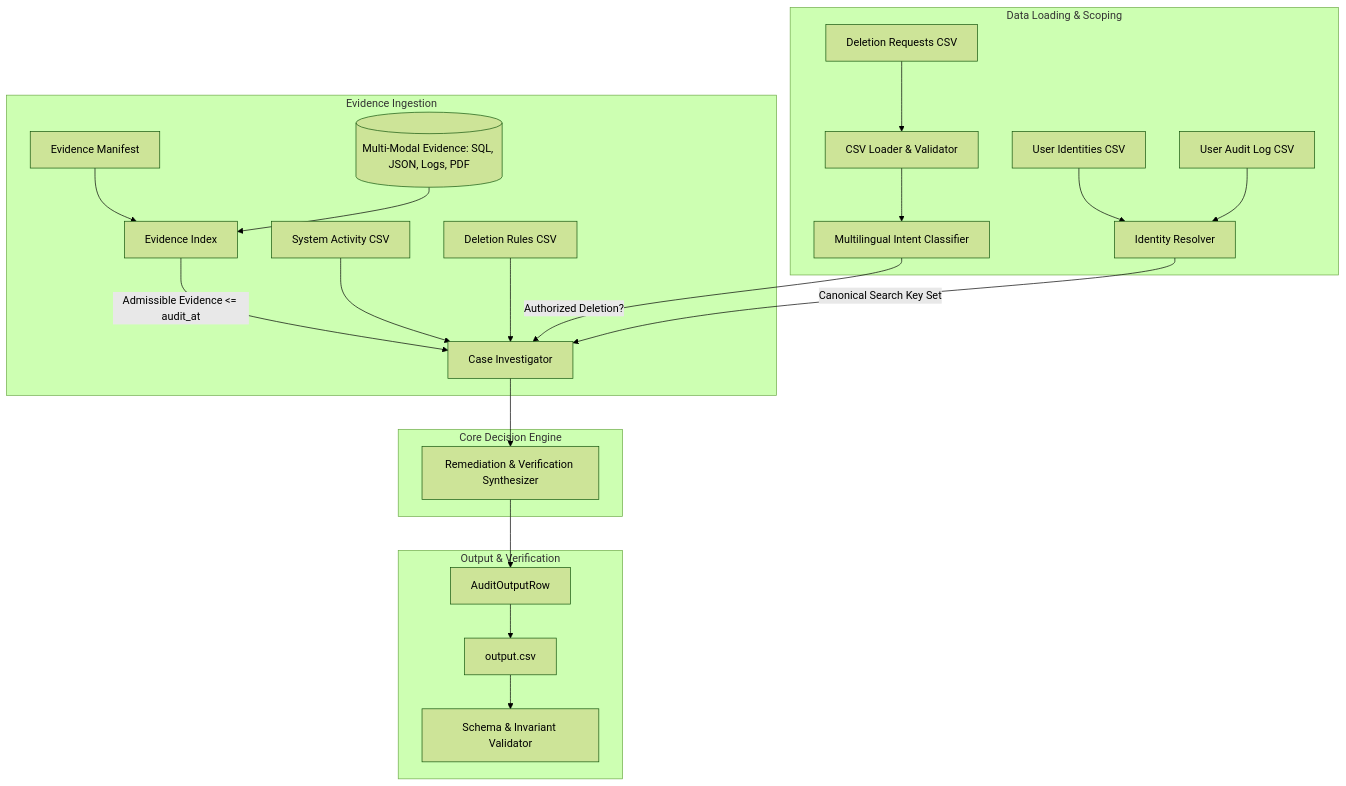
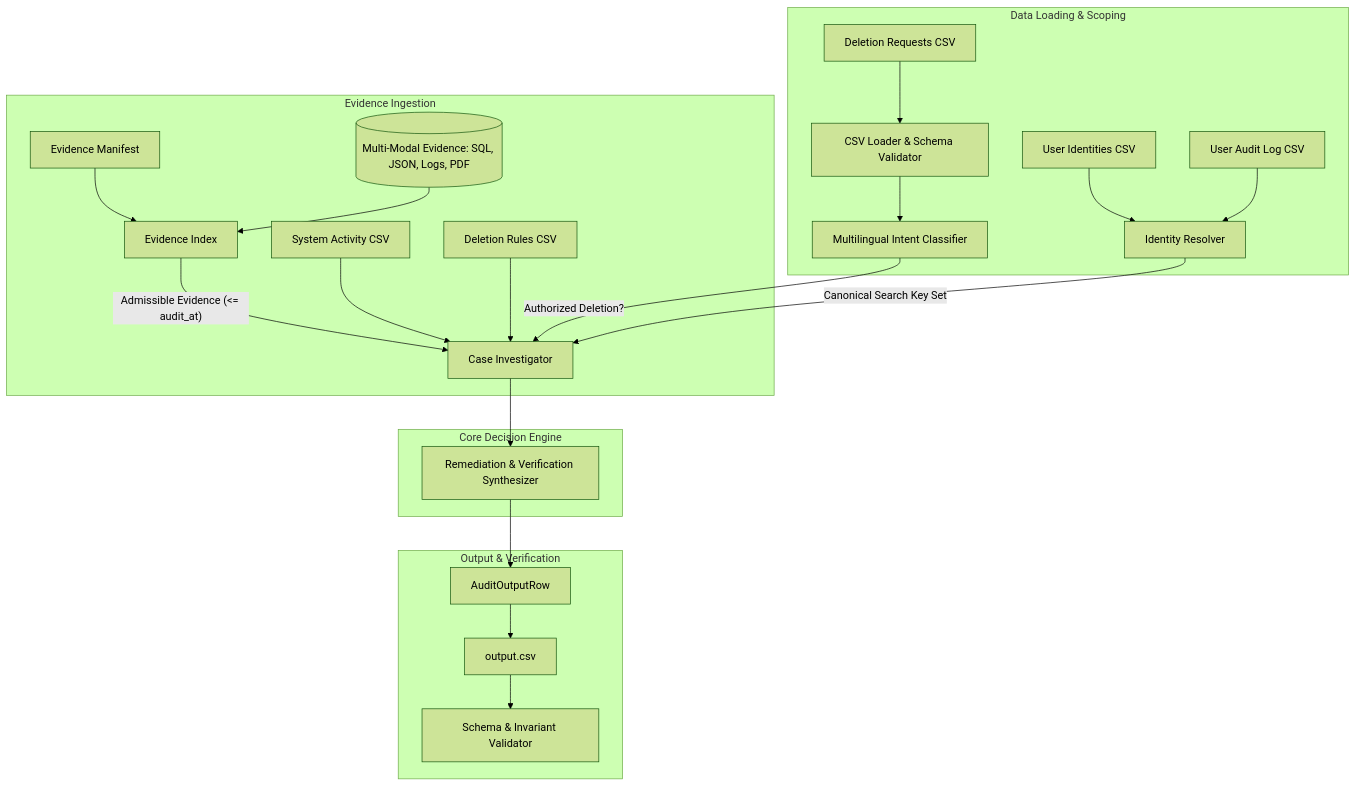
One commit to aaryan2720/Ghost_data_detector changed the first of 3 diagrams in README.md. Above: the diagram before and after it, drawn with Mermaid (forest theme). The commit also changed other lines of this file and 4 other files, not shown here.

Commit message:
docs: update architecture diagrams in README and add detailed system architecture documentation

````diff
--- a/README.md
+++ b/README.md
@@ -58,29 +58,29 @@
 ```mermaid
-graph TD
-    subgraph Data Loading & Scoping
-        REQ[Deletion Requests CSV] --> LOADER[CSV Loader & Validator]
-        UID[User Identities CSV] --> IDRES[Identity Resolver]
-        UAL[User Audit Log CSV] --> IDRES
-        LOADER --> CLASS[Multilingual Intent Classifier]
+flowchart TD
+    subgraph sub_input["Data Loading & Scoping"]
+        REQ["Deletion Requests CSV"] --> LOADER["CSV Loader & Schema Validator"]
+        UID["User Identities CSV"] --> IDRES["Identity Resolver"]
+        UAL["User Audit Log CSV"] --> IDRES
+        LOADER --> CLASS["Multilingual Intent Classifier"]
     end
 
-    subgraph Evidence Ingestion
-        MAN[Evidence Manifest] --> EVIDX[Evidence Index]
-        ACT[System Activity CSV] --> CASEINV[Case Investigator]
-        RULES[Deletion Rules CSV] --> CASEINV
-        RAW[(Multi-Modal Evidence: SQL, JSON, Logs, PDF)] --> EVIDX
+    subgraph sub_evidence["Evidence Ingestion"]
+        MAN["Evidence Manifest"] --> EVIDX["Evidence Index"]
+        ACT["System Activity CSV"] --> CASEINV["Case Investigator"]
+        RULES["Deletion Rules CSV"] --> CASEINV
+        RAW[("Multi-Modal Evidence: SQL, JSON, Logs, PDF")] --> EVIDX
     end
 
-    subgraph Core Decision Engine
-        CLASS -->|Authorized Deletion?| CASEINV
-        IDRES -->|Canonical Search Key Set| CASEINV
-        EVIDX -->|Admissible Evidence <= audit_at| CASEINV
-        CASEINV --> PLANNER[Remediation & Verification Synthesizer]
+    subgraph sub_core["Core Decision Engine"]
+        CLASS -->|"Authorized Deletion?"| CASEINV
+        IDRES -->|"Canonical Search Key Set"| CASEINV
+        EVIDX -->|"Admissible Evidence (<= audit_at)"| CASEINV
+        CASEINV --> PLANNER["Remediation & Verification Synthesizer"]
     end
 
-    subgraph Output & Verification
-        PLANNER --> ROW[AuditOutputRow]
-        ROW --> OUT[output.csv]
-        OUT --> VAL[Schema & Invariant Validator]
+    subgraph sub_output["Output & Verification"]
+        PLANNER --> ROW["AuditOutputRow"]
+        ROW --> OUT["output.csv"]
+        OUT --> VAL["Schema & Invariant Validator"]
     end
 ```
````
